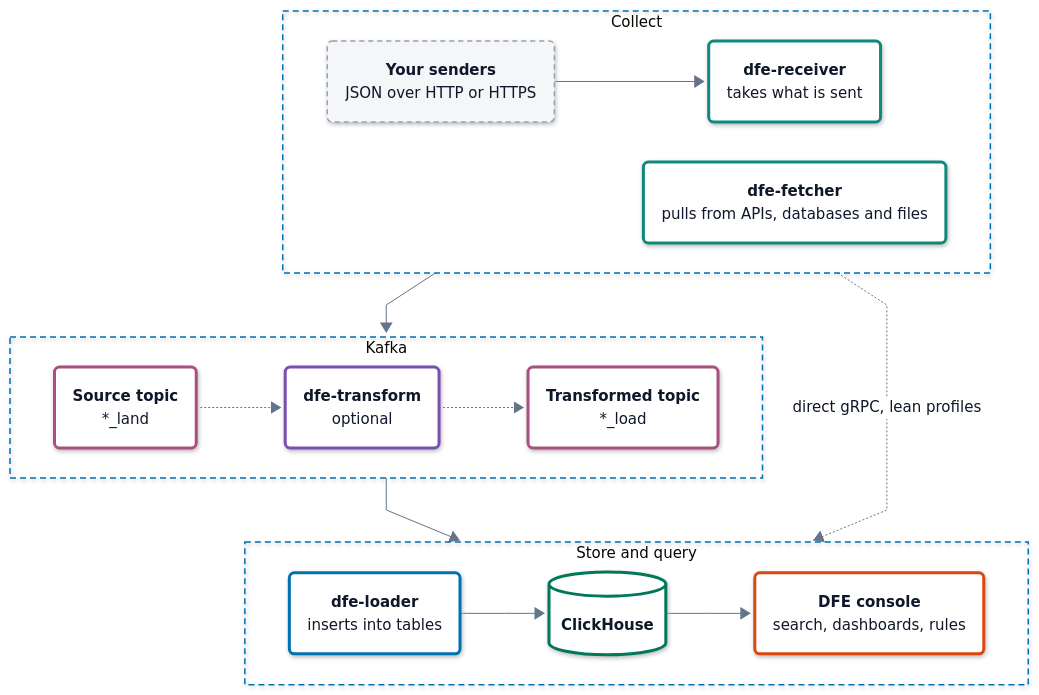
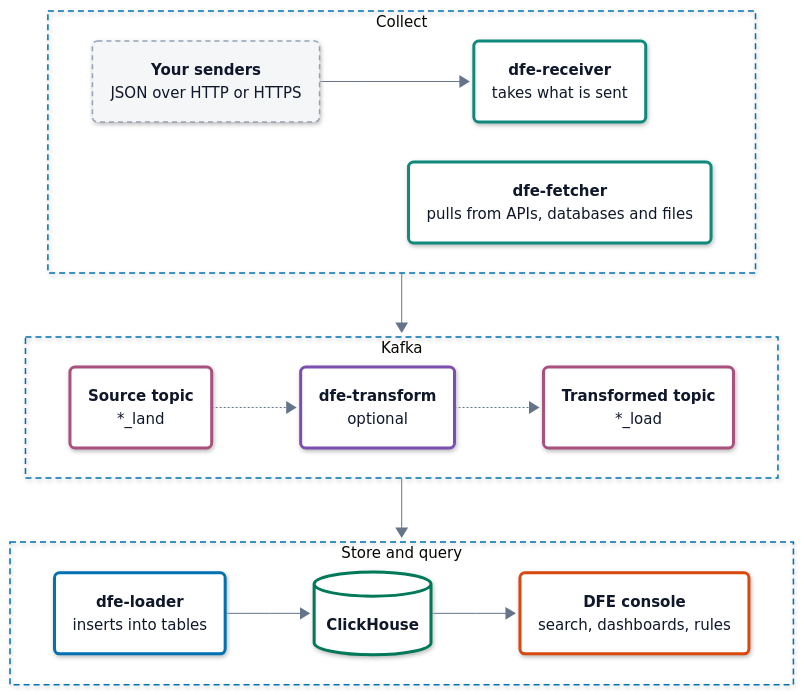
Before and after one commit to hyperi-io/dfe-infra: the diagram in docs-site/content-root/README.md, drawn with Mermaid. The commit also changed other lines of this file, not shown here.

Commit message:
fix(docs-site): leave the gRPC bypass out of the overview diagram
The bypass arrow pushed the store row sideways, making the diagram about 1,320 px wide. Without it the diagram is about 1,010 px. The paragraph under the diagram says the lean profiles skip Kafka.

```diff
--- a/docs-site/content-root/README.md
+++ b/docs-site/content-root/README.md
@@ -66,7 +66,7 @@
 ---
 flowchart TB
   accTitle: L2 Services -- DFE data path
-  accDescr: dfe-receiver takes what your senders post and dfe-fetcher pulls from APIs, databases and files. Both write to Kafka, where an optional transform turns the source topic into a transformed one. dfe-loader inserts into ClickHouse, and the DFE console reads it. Lean profiles skip Kafka over direct gRPC.
+  accDescr: dfe-receiver takes what your senders post and dfe-fetcher pulls from APIs, databases and files. Both write to Kafka, where an optional transform turns the source topic into a transformed one. dfe-loader inserts into ClickHouse, and the DFE console reads it.
   subgraph IN["Collect"]
     direction LR
     S("<b>Your senders</b><br/><span>JSON over HTTP or HTTPS</span>")
@@ -89,7 +89,6 @@
     L --> C --> H
   end
   IN --> BUS --> OUT
-  IN -.->|direct gRPC, lean profiles| OUT
   class S ext
   class R,F ingest
   class K1,K2 bus
```
